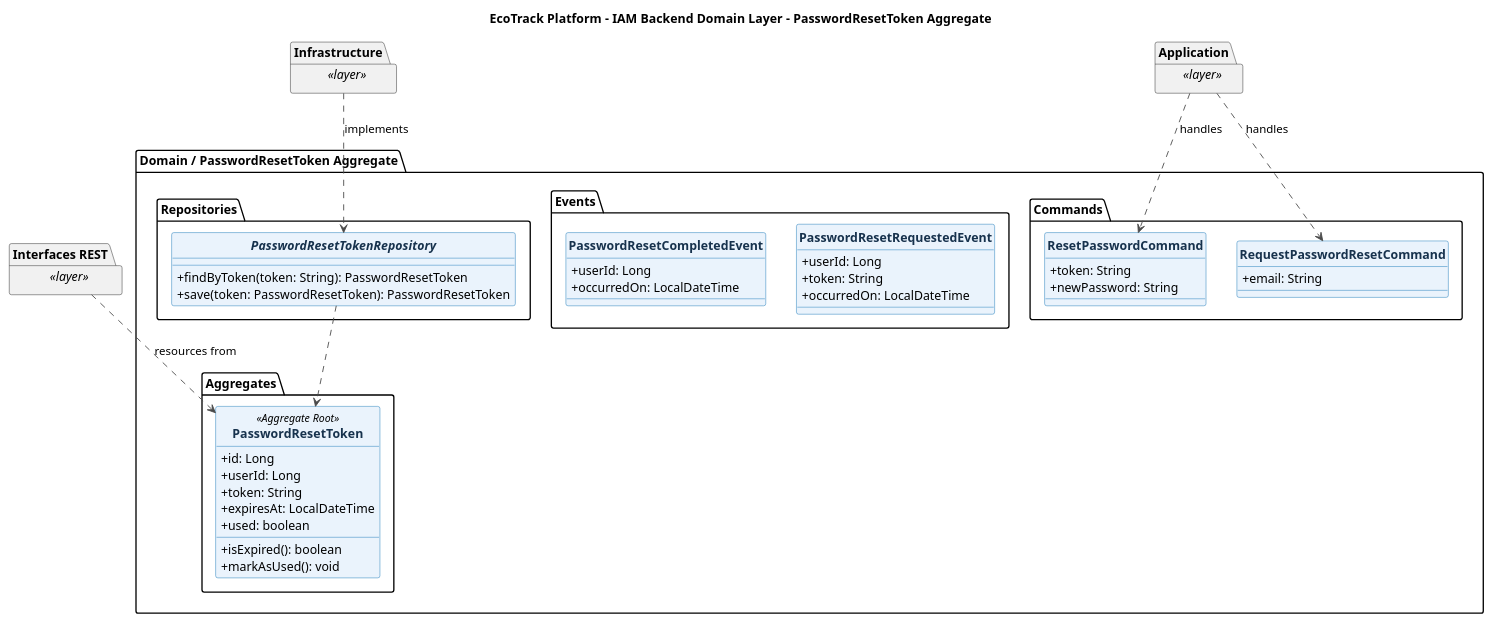
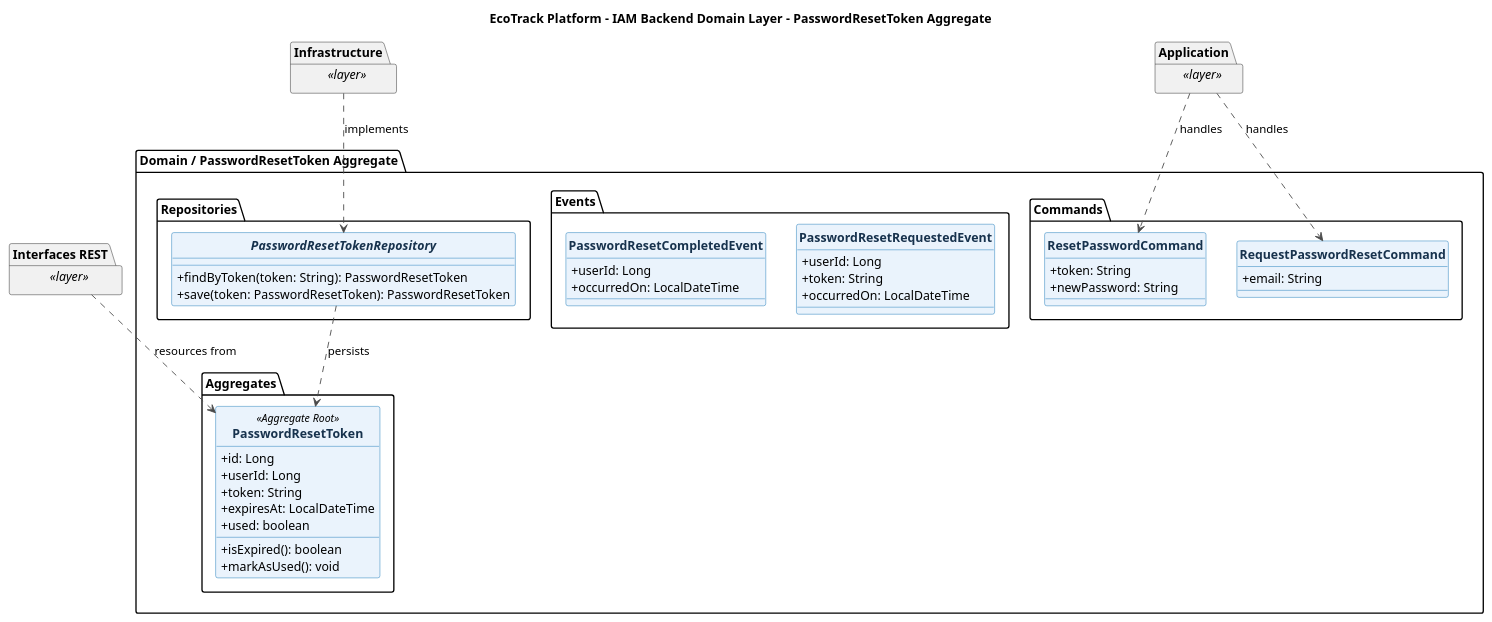
One commit to Horizon-OpenSource/report changed the diagram in docs/diagrams/class/backend/ecotrack-iam-backend-domain-password-reset-aggregate-class-diagram.puml. Above: the diagram before and after it, drawn with PlantUML. The commit also changed 148 other files, not shown here.

Commit message:
docs: add class diagrams for all bounded contexts and update database diagram

```diff
--- a/docs/diagrams/class/backend/ecotrack-iam-backend-domain-password-reset-aggregate-class-diagram.puml
+++ b/docs/diagrams/class/backend/ecotrack-iam-backend-domain-password-reset-aggregate-class-diagram.puml
@@ -1,73 +1,73 @@
 @startuml
 title EcoTrack Platform - IAM Backend Domain Layer - PasswordResetToken Aggregate
 skinparam backgroundColor #FFFFFF
 skinparam shadowing false
 skinparam classAttributeIconSize 0
 skinparam classFontStyle bold
 skinparam class {
   BackgroundColor #EAF3FC
   BorderColor #0B6FB3
   ArrowColor #4A4A4A
   FontColor #17324D
 }
 hide circle
 
 package "Domain / PasswordResetToken Aggregate" {
 
   package "Aggregates" {
     class PasswordResetToken <<Aggregate Root>> {
       +id: Long
       +userId: Long
       +token: String
       +expiresAt: LocalDateTime
       +used: boolean
       +isExpired(): boolean
       +markAsUsed(): void
     }
   }
 
   package "Commands" {
     class RequestPasswordResetCommand {
       +email: String
     }
     class ResetPasswordCommand {
       +token: String
       +newPassword: String
     }
   }
 
   package "Events" {
     class PasswordResetRequestedEvent {
       +userId: Long
       +token: String
       +occurredOn: LocalDateTime
     }
     class PasswordResetCompletedEvent {
       +userId: Long
       +occurredOn: LocalDateTime
     }
   }
 
   package "Repositories" {
     interface PasswordResetTokenRepository {
       +findByToken(token: String): PasswordResetToken
       +save(token: PasswordResetToken): PasswordResetToken
     }
   }
 
-  PasswordResetTokenRepository ..> PasswordResetToken
+  PasswordResetTokenRepository ..> PasswordResetToken : persists
 }
 
 package "Interfaces REST" as Backend_iam_Interfaces_REST <<layer>> {
 }
 package "Application" as Backend_iam_Application <<layer>> {
 }
 package "Infrastructure" as Backend_iam_Infrastructure <<layer>> {
 }
 
 Backend_iam_Application ..> RequestPasswordResetCommand : handles
 Backend_iam_Application ..> ResetPasswordCommand : handles
 Backend_iam_Infrastructure ..> PasswordResetTokenRepository : implements
 Backend_iam_Interfaces_REST ..> PasswordResetToken : resources from
 
 @enduml
```
